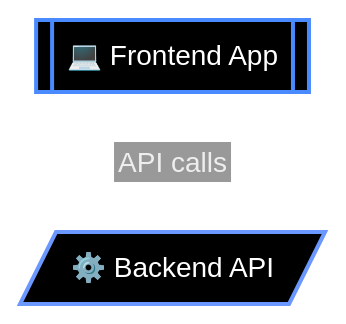
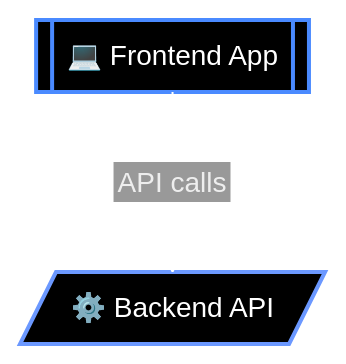
The diagram in calm-widgets/test-fixtures/block-architecture-widget/theme-high-contrast/expected.md (finos/architecture-as-code), drawn with Mermaid before and after one commit. The commit also changed 44 other files, not shown here.

Commit message:
feat(widgets,vscode): choice of elk and dagre layout engines for block-architecture visualiation

````diff
--- a/calm-widgets/test-fixtures/block-architecture-widget/theme-high-contrast/expected.md
+++ b/calm-widgets/test-fixtures/block-architecture-widget/theme-high-contrast/expected.md
@@ -2,33 +2,33 @@
 ```mermaid
 ---
 config:
   theme: base
   themeVariables:
     fontFamily: -apple-system, BlinkMacSystemFont, 'Segoe WPC', 'Segoe UI', system-ui, 'Ubuntu', sans-serif
     darkMode: true
     fontSize: 14px
     edgeLabelBackground: '#353535'
     lineColor: '#ffffff'
 ---
-%%{init: {"flowchart": {"htmlLabels": false}}}%%
+%%{init: {"layout": "elk", "flowchart": {"htmlLabels": false}}}%%
 flowchart TB
 classDef boundary fill:#1e1e1e,stroke:#9cb4ff,stroke-dasharray: 5 4,stroke-width:2px,color:#ffffff;
 classDef node fill:#000000,stroke:#007dff,stroke-width:2px,color:#ffffff;
 classDef iface fill:#0f111c,stroke:#8a8b91,stroke-width:2px,font-size:10px,color:#ffffff;
 classDef highlight fill:#2f2719,stroke:#f0c060,stroke-width:2px,color:#ffffff;
 classDef actor fill:#000000,stroke:#007dff,stroke-width:2px,color:#ffffff;
 classDef database fill:#000000,stroke:#85a6ff,stroke-width:2px,color:#ffffff;
 classDef webclient fill:#000000,stroke:#4a8aff,stroke-width:2px,color:#ffffff;
 classDef service fill:#000000,stroke:#6b98ff,stroke-width:2px,color:#ffffff;
 classDef messagebus fill:#000000,stroke:#6b98ff,stroke-width:2px,color:#ffffff;
 classDef system fill:#000000,stroke:#9cb4ff,stroke-width:2px,color:#ffffff;
 
 
     backend[/"⚙️ Backend API"/]:::service
     frontend[[💻 Frontend App]]:::webclient
 
     frontend -->|API calls| backend
 
 
 
 ```
````
